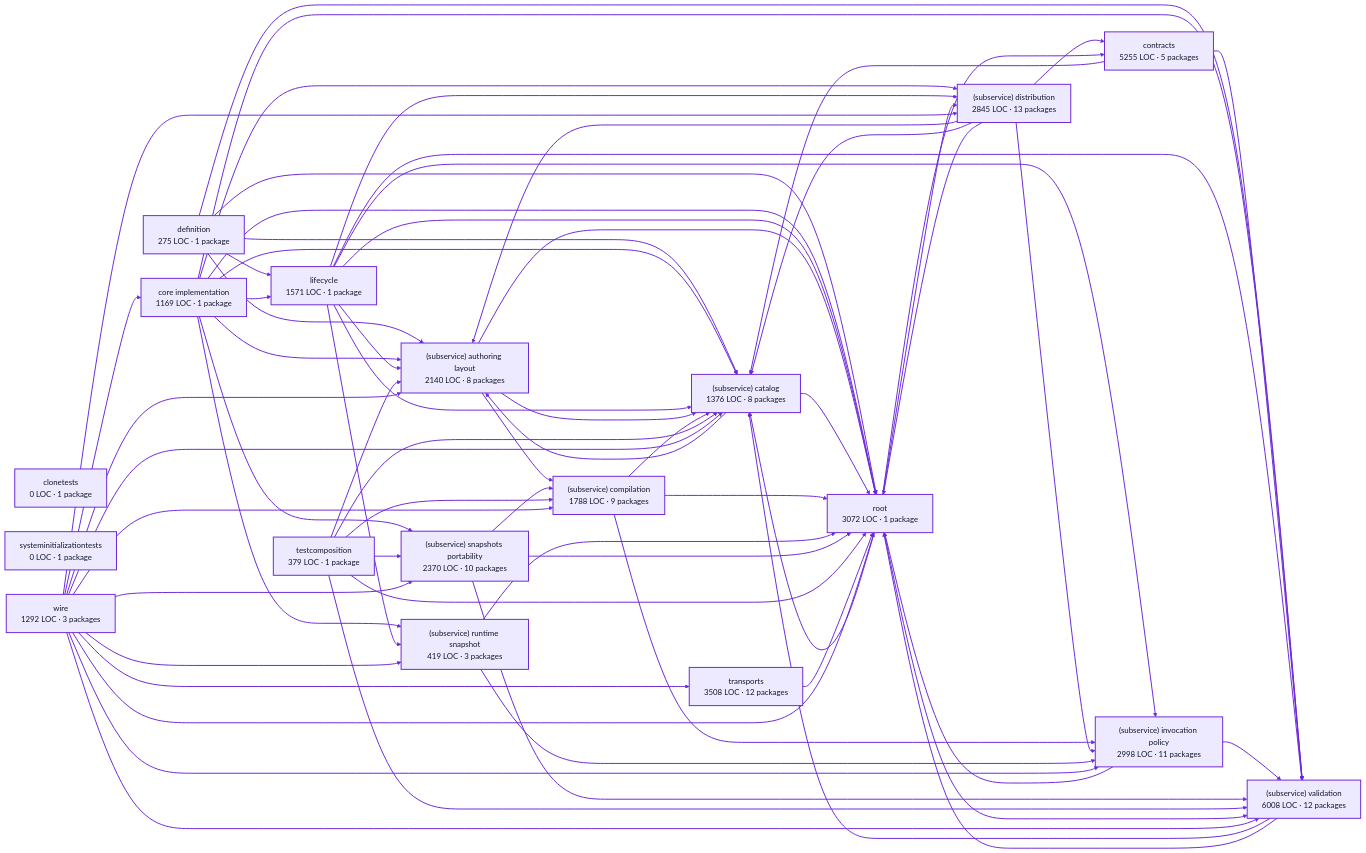
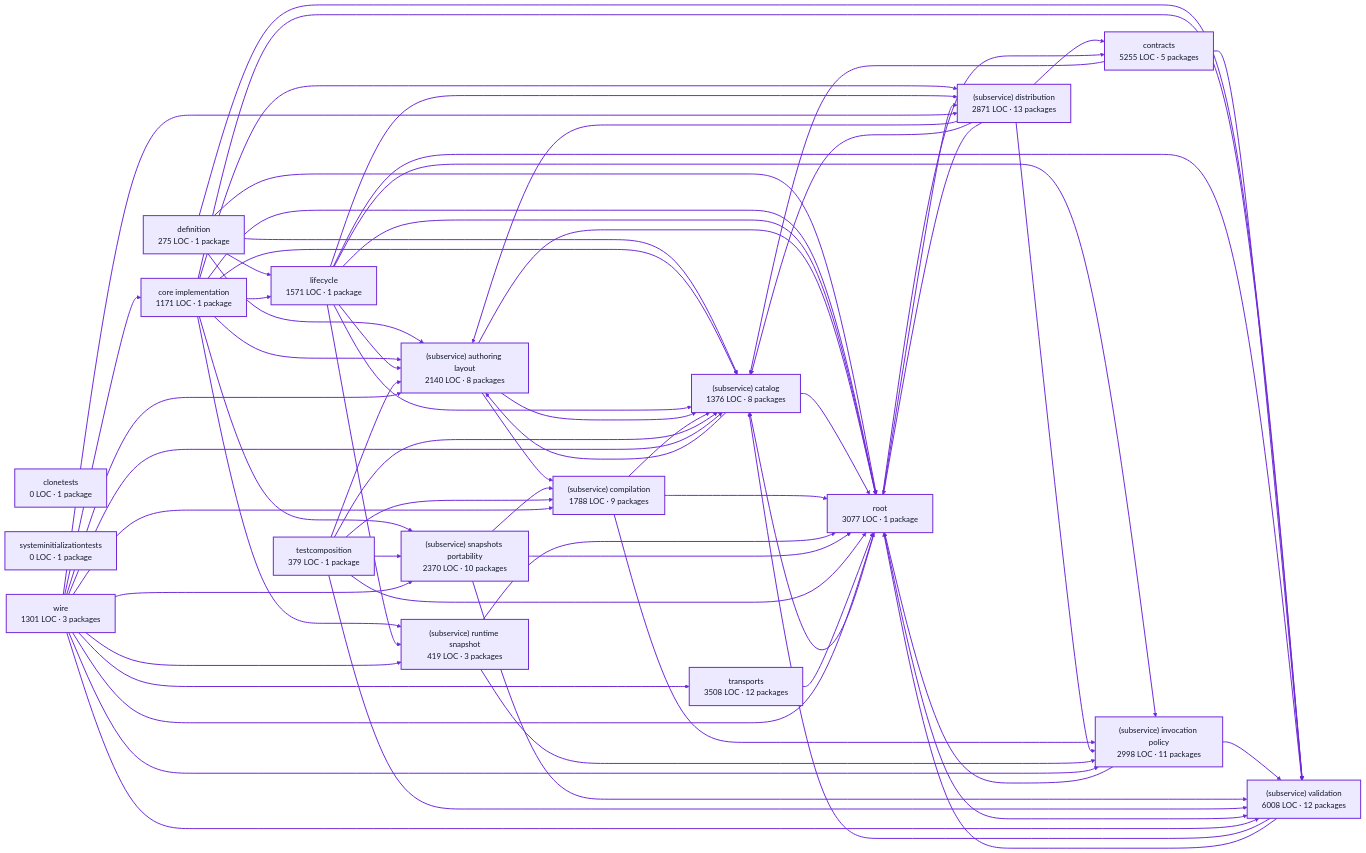
Before and after one commit to portpowered/you-agent-factory: the diagram in docs/architecture/visualizations/services/factory_definitions.md, drawn with Mermaid. The commit also changed other lines of this file and 20 other files, not shown here.

Commit message:
docs: refresh backend architecture visualizations

```diff
--- a/docs/architecture/visualizations/services/factory_definitions.md
+++ b/docs/architecture/visualizations/services/factory_definitions.md
@@ -12,22 +12,22 @@
 flowchart LR
   p0["clonetests<br/>0 LOC · 1 package"]
   p1["definition<br/>275 LOC · 1 package"]
-  p2["core implementation<br/>1169 LOC · 1 package"]
+  p2["core implementation<br/>1171 LOC · 1 package"]
   p3["contracts<br/>5255 LOC · 5 packages"]
   p4["lifecycle<br/>1571 LOC · 1 package"]
   p5["(subservice) authoring layout<br/>2140 LOC · 8 packages"]
   p6["(subservice) catalog<br/>1376 LOC · 8 packages"]
   p7["(subservice) compilation<br/>1788 LOC · 9 packages"]
-  p8["(subservice) distribution<br/>2845 LOC · 13 packages"]
+  p8["(subservice) distribution<br/>2871 LOC · 13 packages"]
   p9["(subservice) invocation policy<br/>2998 LOC · 11 packages"]
   p10["(subservice) runtime snapshot<br/>419 LOC · 3 packages"]
   p11["(subservice) snapshots portability<br/>2370 LOC · 10 packages"]
   p12["(subservice) validation<br/>6008 LOC · 12 packages"]
   p13["testcomposition<br/>379 LOC · 1 package"]
-  p14["root<br/>3072 LOC · 1 package"]
+  p14["root<br/>3077 LOC · 1 package"]
   p15["systeminitializationtests<br/>0 LOC · 1 package"]
   p16["transports<br/>3508 LOC · 12 packages"]
-  p17["wire<br/>1292 LOC · 3 packages"]
+  p17["wire<br/>1301 LOC · 3 packages"]
   p1 --> p4
   p1 --> p5
   p1 --> p6
```
